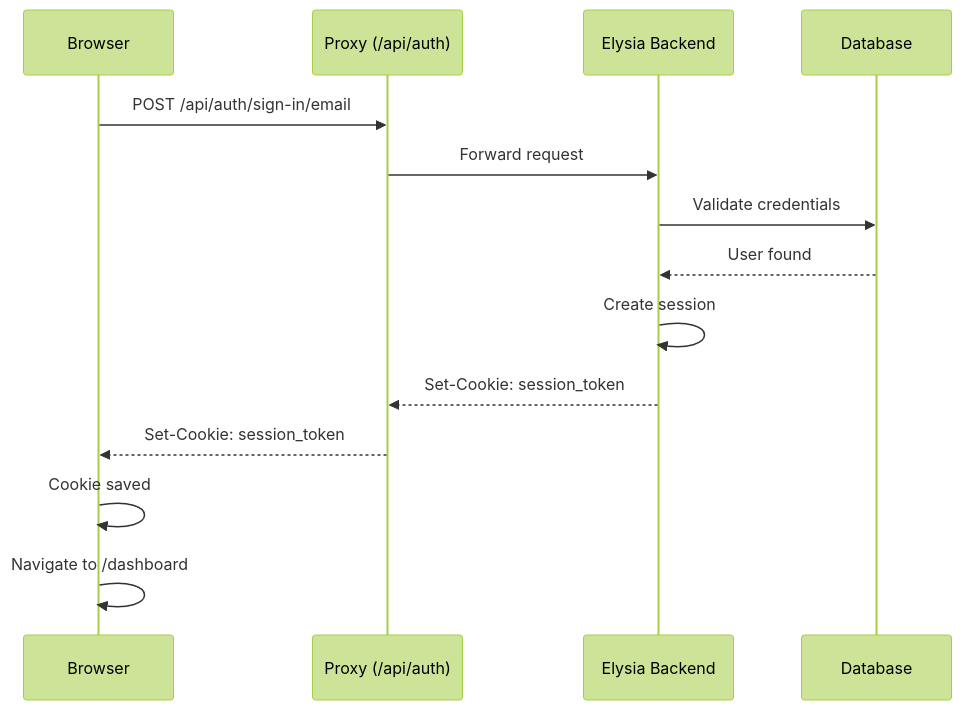
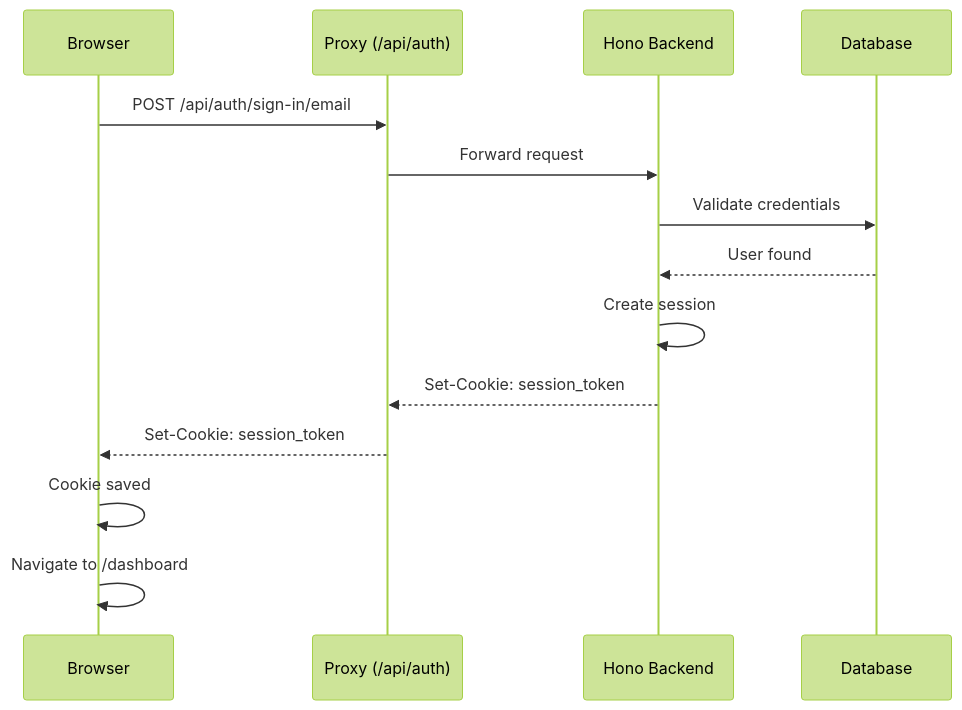
The third of 4 diagrams in apps/documentation/src/content/docs/authentication.mdx (niway-dev/kaipu-record), drawn with Mermaid (forest theme) before and after one commit. The commit also changed other lines of this file and 6 other files, not shown here.

First line of the commit message:
docs(documentation): migrate architecture docs from Elysia to Hono/oRPC

````diff
--- a/apps/documentation/src/content/docs/authentication.mdx
+++ b/apps/documentation/src/content/docs/authentication.mdx
@@ -177,17 +177,17 @@
 ```mermaid
 sequenceDiagram
     participant B as Browser
     participant P as Proxy (/api/auth)
-    participant E as Elysia Backend
+    participant E as Hono Backend
     participant D as Database
 
     B->>P: POST /api/auth/sign-in/email
     P->>E: Forward request
     E->>D: Validate credentials
     D-->>E: User found
     E->>E: Create session
     E-->>P: Set-Cookie: session_token
     P-->>B: Set-Cookie: session_token
     B->>B: Cookie saved
     B->>B: Navigate to /dashboard
 ```
````
